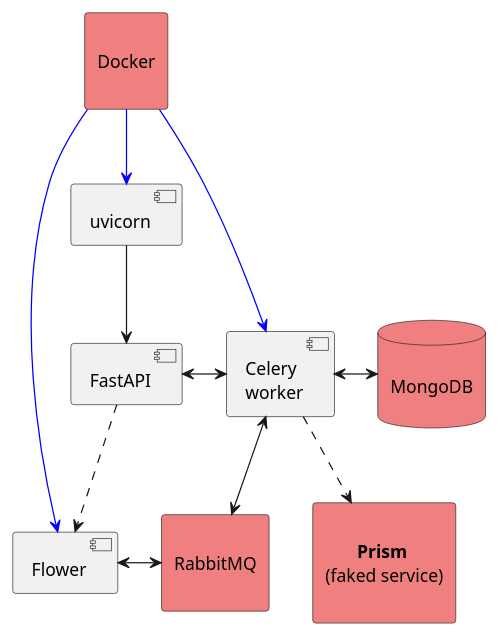
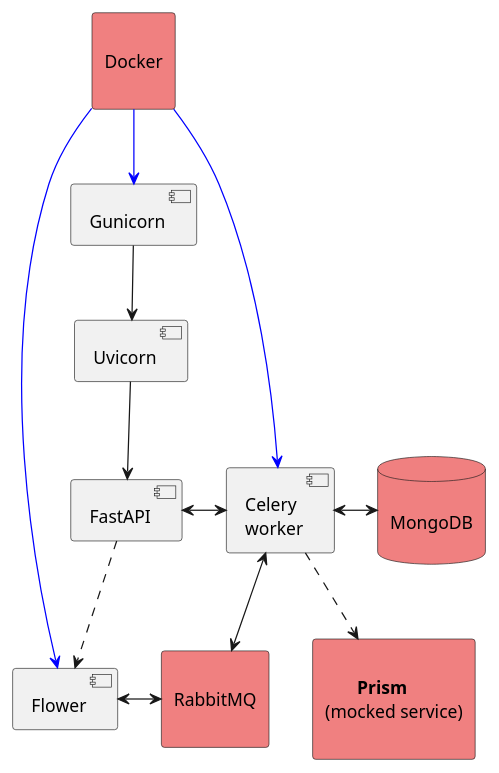
The diagram in src/design/architecture.puml (ycc140/fastapi_celery), drawn with PlantUML before and after one commit. The commit also changed 1 other file, not shown here.

Commit message:
Updated architecture.

```diff
--- a/src/design/architecture.puml
+++ b/src/design/architecture.puml
@@ -1,29 +1,31 @@
 @startuml
 
 ' left to right direction
 top to bottom direction
 
 agent "\nDocker\n" as Docker
 agent "\nRabbitMQ\n" as RabbitMQ
-agent "\n       <B>Prism\n(faked service)\n" as prism
+agent "\n       <B>Prism\n(mocked service)\n" as prism
 skinparam agentbackgroundColor LightCoral
 
 [Flower]
 [FastAPI]
-[uvicorn]
+[Uvicorn]
+[Gunicorn]
 [Celery\nworker] as Celery
 database "\nMongoDB\n" as DB #LightCoral
 
 
 Docker -[#blue]-> Flower
-Docker -[#blue]-> uvicorn
+Docker -[#blue]-> Gunicorn
+Gunicorn --> Uvicorn
+Celery <-> DB
 Docker -[#blue]-> Celery
-Celery <-> DB
 Celery .-> prism
 FastAPI .-> Flower
 Celery <-> RabbitMQ
 Flower <-> RabbitMQ
-uvicorn --> FastAPI
+Uvicorn --> FastAPI
 FastAPI <-> Celery
 
 @enduml
```
